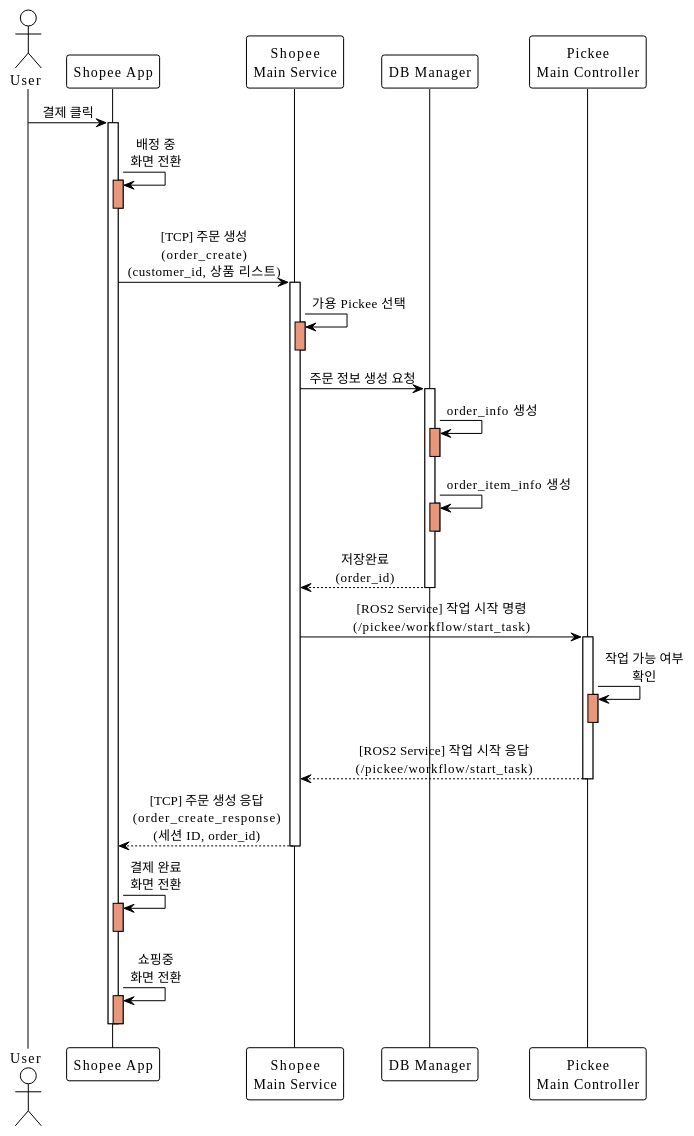
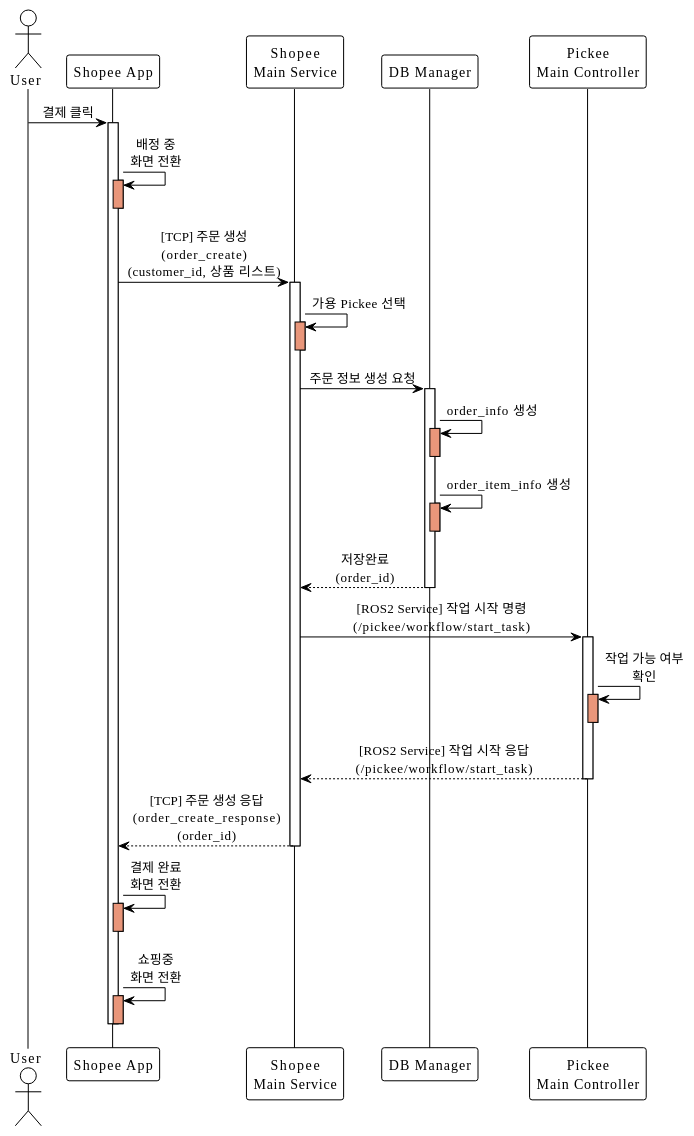
One commit to addinedu-roscamp-7th/roscamp-repo-1 changed the diagram in docs/SequenceDiagram/SC_01_3.md. Above: the diagram before and after it, drawn with PlantUML. The commit also changed 11 other files, not shown here.

```diff
--- a/docs/SequenceDiagram/SC_01_3.md
+++ b/docs/SequenceDiagram/SC_01_3.md
@@ -1,63 +1,63 @@
 @startuml SC_01_3
 !theme plain
 skinparam backgroundColor #FFFFFF
 skinparam sequenceMessageAlign center
 
 actor User as user
 participant "Shopee App" as app
 participant "Shopee\nMain Service" as main
 participant "DB Manager" as db
 participant "Pickee\nMain Controller" as pickee
 
 user -> app: 결제 클릭
 activate app
 
 app -> app: 배정 중\n화면 전환
 activate app #DarkSalmon
 deactivate app
 
 app -> main: [TCP] 주문 생성\n(order_create)\n(customer_id, 상품 리스트)
 activate main
 
 main -> main: 가용 Pickee 선택
 activate main #DarkSalmon
 deactivate main
 
 main -> db: 주문 정보 생성 요청
 activate db
 
 db -> db: order_info 생성
 activate db #DarkSalmon
 deactivate db
 
 db -> db: order_item_info 생성
 activate db #DarkSalmon
 deactivate db
 
 db --> main: 저장완료\n(order_id)
 deactivate db
 
 main -> pickee: [ROS2 Service] 작업 시작 명령\n(/pickee/workflow/start_task)
 activate pickee
 
 pickee -> pickee: 작업 가능 여부\n확인
 activate pickee #DarkSalmon
 deactivate pickee
 
 pickee --> main: [ROS2 Service] 작업 시작 응답\n(/pickee/workflow/start_task)
 deactivate pickee
 
-main --> app: [TCP] 주문 생성 응답\n(order_create_response)\n(세션 ID, order_id)
+main --> app: [TCP] 주문 생성 응답\n(order_create_response)\n(order_id)
 deactivate main
 
 app -> app: 결제 완료\n화면 전환
 activate app #DarkSalmon
 deactivate app
 
 app -> app: 쇼핑중\n화면 전환
 activate app #DarkSalmon
 deactivate app
 
 deactivate app
 
 @enduml
```
